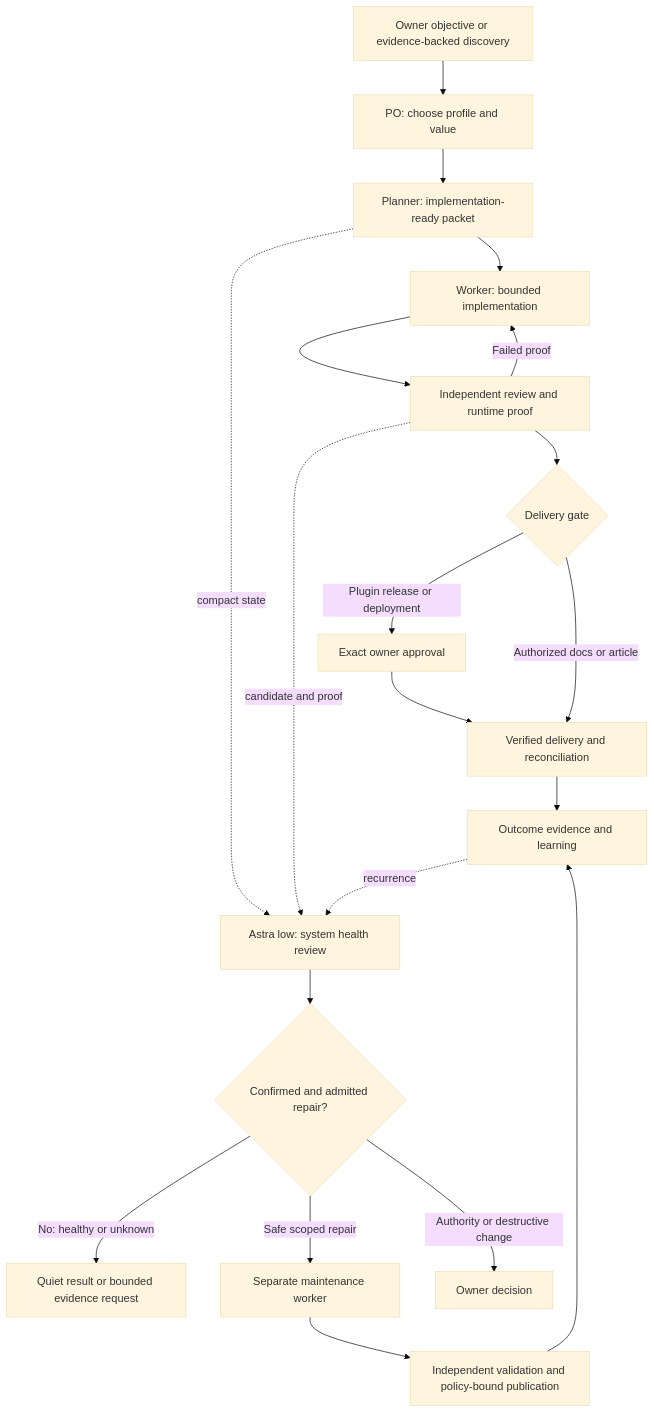
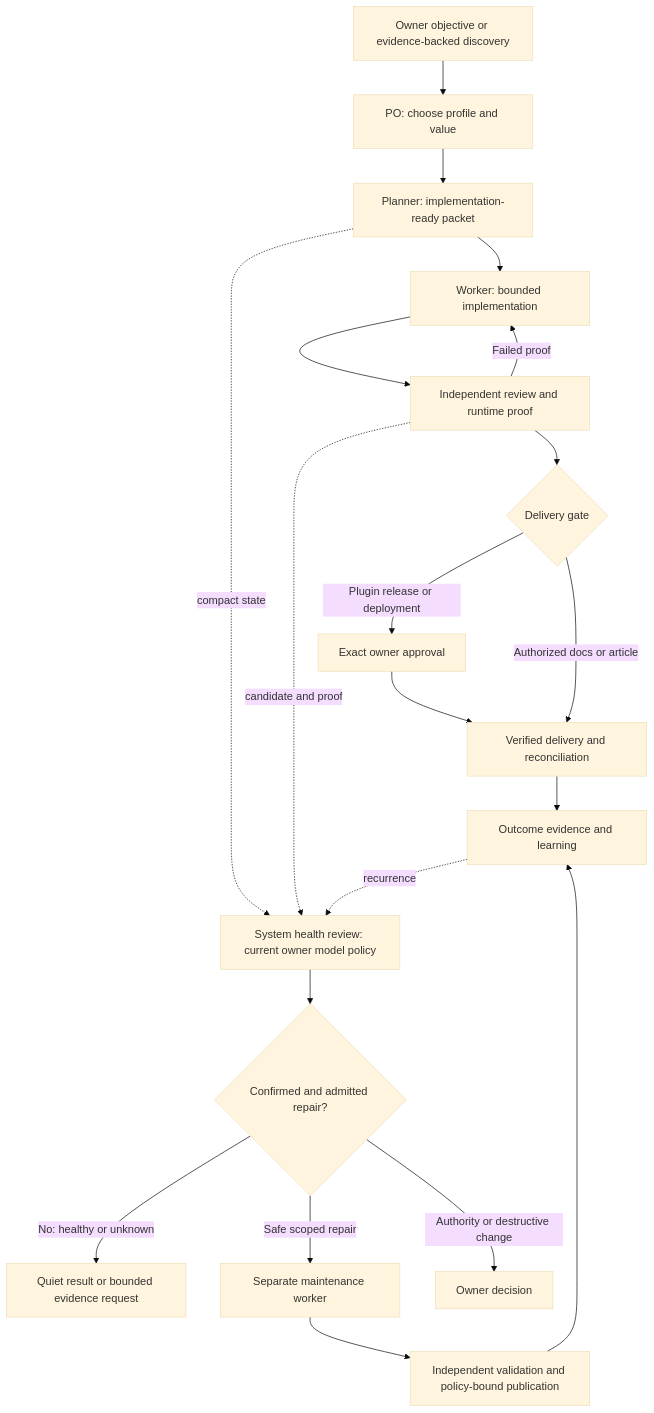
One commit to mehul0810/agent-skills changed the diagram in shared/references/product-workflow-profiles.md. Above: the diagram before and after it, drawn with Mermaid (base theme). The commit also changed 9 other files, not shown here.

Commit message:
Correct system health evidence freshness and owner policy resolution

````diff
--- a/shared/references/product-workflow-profiles.md
+++ b/shared/references/product-workflow-profiles.md
@@ -27,22 +27,22 @@
 ```mermaid
 flowchart TD
   A[Owner objective or evidence-backed discovery] --> B[PO: choose profile and value]
   B --> C[Planner: implementation-ready packet]
   C --> D[Worker: bounded implementation]
   D --> E[Independent review and runtime proof]
   E -->|Failed proof| D
   E --> F{Delivery gate}
   F -->|Plugin release or deployment| G[Exact owner approval]
   G --> H[Verified delivery and reconciliation]
   F -->|Authorized docs or article| H
   H --> I[Outcome evidence and learning]
-  C -. compact state .-> R[Astra low: system health review]
+  C -. compact state .-> R[System health review: current owner model policy]
   E -. candidate and proof .-> R
   I -. recurrence .-> R
   R --> J{Confirmed and admitted repair?}
   J -->|No: healthy or unknown| K[Quiet result or bounded evidence request]
   J -->|Safe scoped repair| L[Separate maintenance worker]
   J -->|Authority or destructive change| M[Owner decision]
   L --> N[Independent validation and policy-bound publication]
   N --> I
 ```
````
